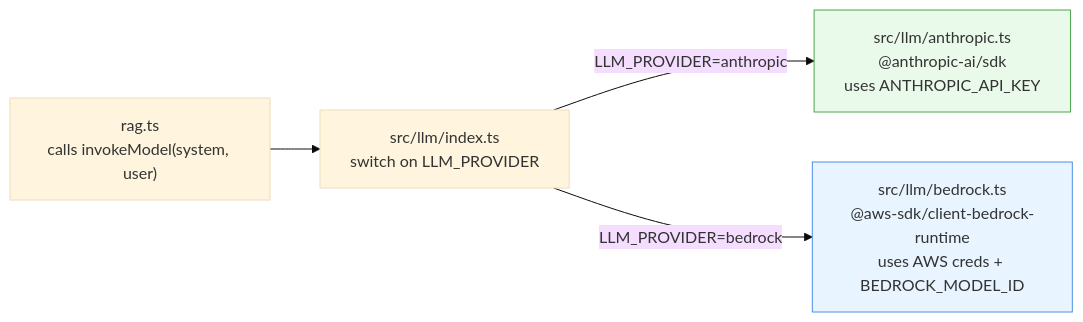
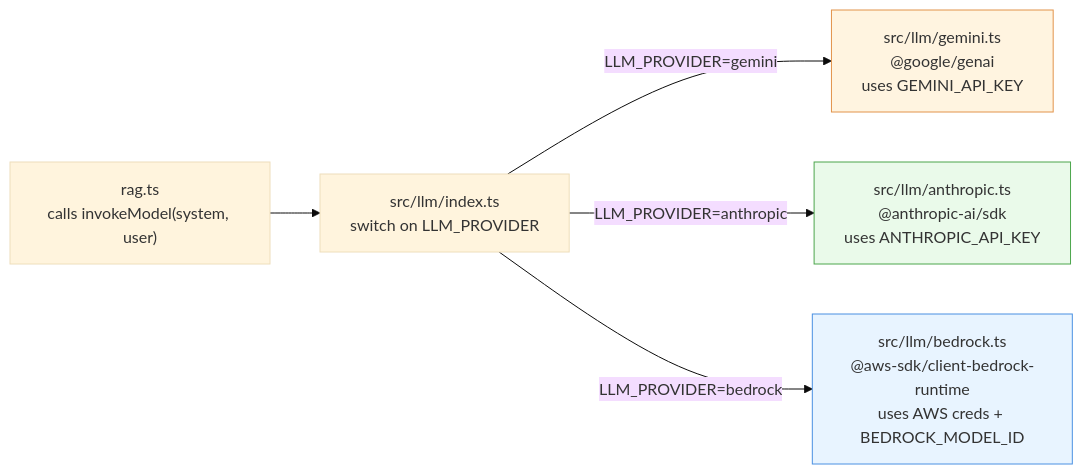
Before and after one commit to mdasiff/vectorless-rag-nodejs: the fourth of 5 diagrams in docs/architecture.md, drawn with Mermaid (base theme). The commit also changed other lines of this file and 7 other files, not shown here.

First line of the commit message:
Add Google Gemini as third LLM provider (free tier, no billing wall)

````diff
--- a/docs/architecture.md
+++ b/docs/architecture.md
@@ -135,14 +138,17 @@
 ```mermaid
 flowchart LR
     rag["rag.ts<br/>calls invokeModel(system, user)"]
     factory["src/llm/index.ts<br/>switch on LLM_PROVIDER"]
+    gem["src/llm/gemini.ts<br/>@google/genai<br/>uses GEMINI_API_KEY"]
     anth["src/llm/anthropic.ts<br/>@anthropic-ai/sdk<br/>uses ANTHROPIC_API_KEY"]
     bed["src/llm/bedrock.ts<br/>@aws-sdk/client-bedrock-runtime<br/>uses AWS creds + BEDROCK_MODEL_ID"]
 
     rag --> factory
+    factory -- LLM_PROVIDER=gemini --> gem
     factory -- LLM_PROVIDER=anthropic --> anth
     factory -- LLM_PROVIDER=bedrock --> bed
 
+    style gem fill:#fff4e0,stroke:#e2934a
     style anth fill:#eafaea,stroke:#4ca64c
     style bed fill:#e8f4ff,stroke:#4a90e2
 ```
````
